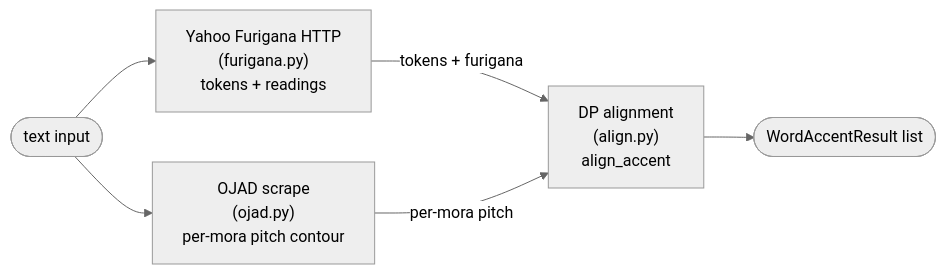
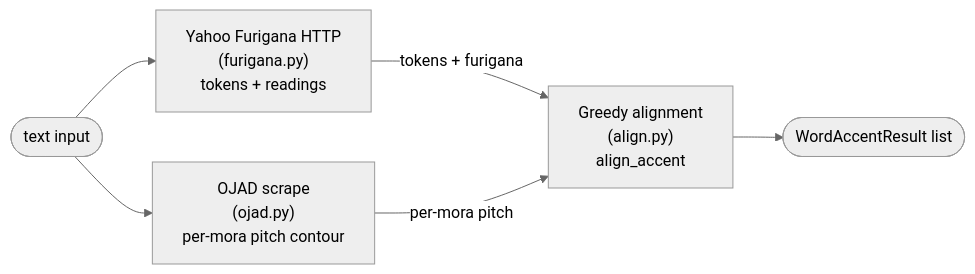
Before and after one commit to sessatakuma/API-tools: the diagram in api/accent/README.md, drawn with Mermaid (neutral theme). The commit also changed 1 other file, not shown here.

Commit message:
docs(accent): fix mermaid label + comment typo (refs #52)
Two cleanups from Copilot's follow-up review on the fix commit:

- README mermaid diagram labels `align_accent` as "DP alignment", but
  the surrounding prose (lines 99/107) correctly calls it "single-pass
  greedy". DP is a future PR (#47). Rename the node to "Greedy
  alignment" so the diagram matches the implementation.
- `align.py:122` had a comment typo "regard as punchutation" →
  "regarded as punctuation".

No code changes; docstring / comment / diagram only.

````diff
--- a/api/accent/README.md
+++ b/api/accent/README.md
@@ -14,14 +14,14 @@
 ```mermaid
 flowchart LR
   text([text input])
   yahoo["Yahoo Furigana HTTP<br/>(furigana.py)<br/>tokens + readings"]
   ojad["OJAD scrape<br/>(ojad.py)<br/>per-mora pitch contour"]
-  align["DP alignment<br/>(align.py)<br/>align_accent"]
+  align["Greedy alignment<br/>(align.py)<br/>align_accent"]
   out([WordAccentResult list])
 
   text --> yahoo
   text --> ojad
   yahoo -- "tokens + furigana" --> align
   ojad -- "per-mora pitch" --> align
   align --> out
 ```
````
